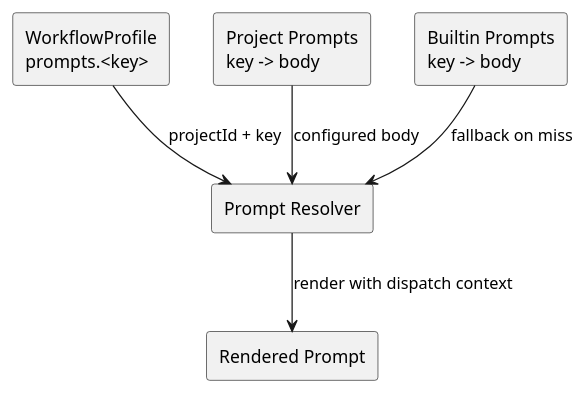
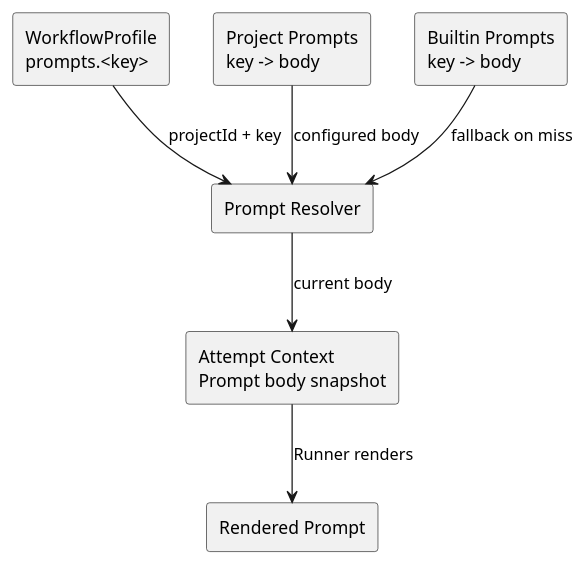
The diagram in design/prompt-management.md (suraciii/mohist), drawn with PlantUML before and after one commit. The commit also changed other lines of this file and 10 other files, not shown here.

````diff
--- a/design/prompt-management.md
+++ b/design/prompt-management.md
@@ -20,16 +21,18 @@
 ```plantuml
 @startuml
 skinparam shadowing false
 
 rectangle "WorkflowProfile\nprompts.<key>" as Profile
 rectangle "Prompt Resolver" as Resolver
 rectangle "Project Prompts\nkey -> body" as ProjectPrompts
 rectangle "Builtin Prompts\nkey -> body" as Builtin
+rectangle "Attempt Context\nPrompt body snapshot" as Context
 rectangle "Rendered Prompt" as Rendered
 
 Profile --> Resolver : projectId + key
 ProjectPrompts --> Resolver : configured body
 Builtin --> Resolver : fallback on miss
-Resolver --> Rendered : render with dispatch context
+Resolver --> Context : current body
+Context --> Rendered : Runner renders
 @enduml
 ```
````
